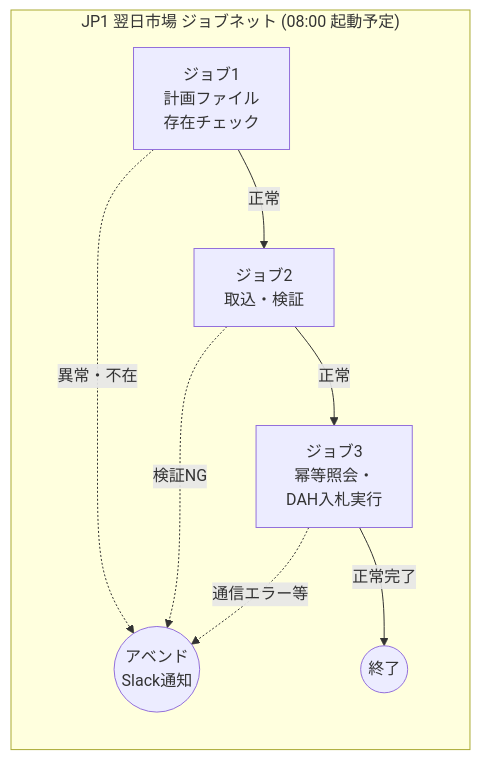
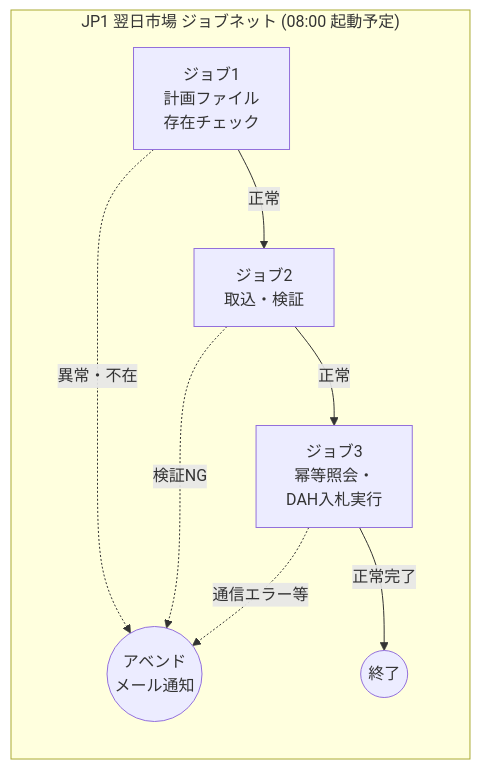
One commit to mkuwan/jepx4 changed the seventh of 7 diagrams in docs/02.基本設計.md. Above: the diagram before and after it, drawn with Mermaid. The commit also changed other lines of this file and 1 other file, not shown here.

````diff
--- a/docs/02.基本設計.md
+++ b/docs/02.基本設計.md
@@ -470,15 +470,15 @@
 ```mermaid
 graph LR
     subgraph JP1_JobNet ["JP1 翌日市場 ジョブネット (08:00 起動予定)"]
         J1["ジョブ1<br>計画ファイル<br>存在チェック"]
         J2["ジョブ2<br>取込・検証"]
         J3["ジョブ3<br>幂等照会・<br>DAH入札実行"]
         
         J1 -->|正常| J2
-        J1 -.->|異常・不在| E1((アベンド<br>Slack通知))
+        J1 -.->|異常・不在| E1((アベンド<br>メール通知))
         J2 -->|正常| J3
         J2 -.->|検証NG| E1
         J3 -->|正常完了| End((終了))
         J3 -.->|通信エラー等| E1
     end
 ```
````
